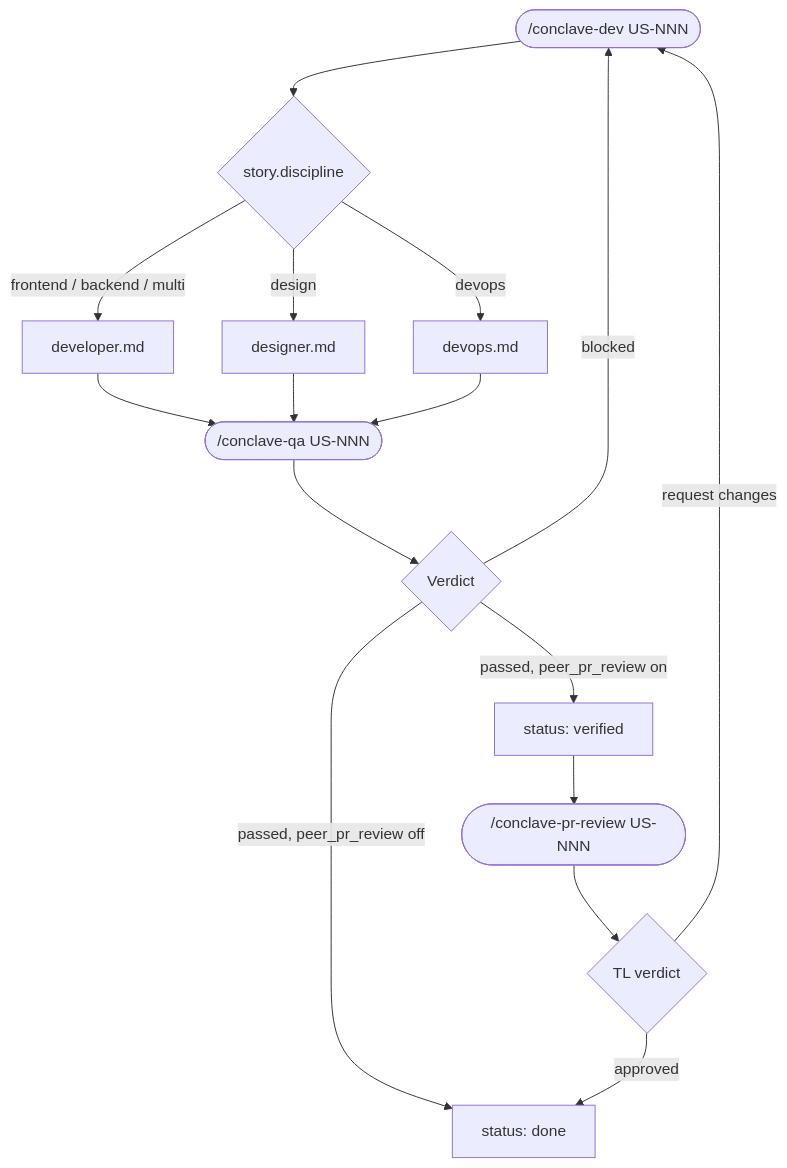
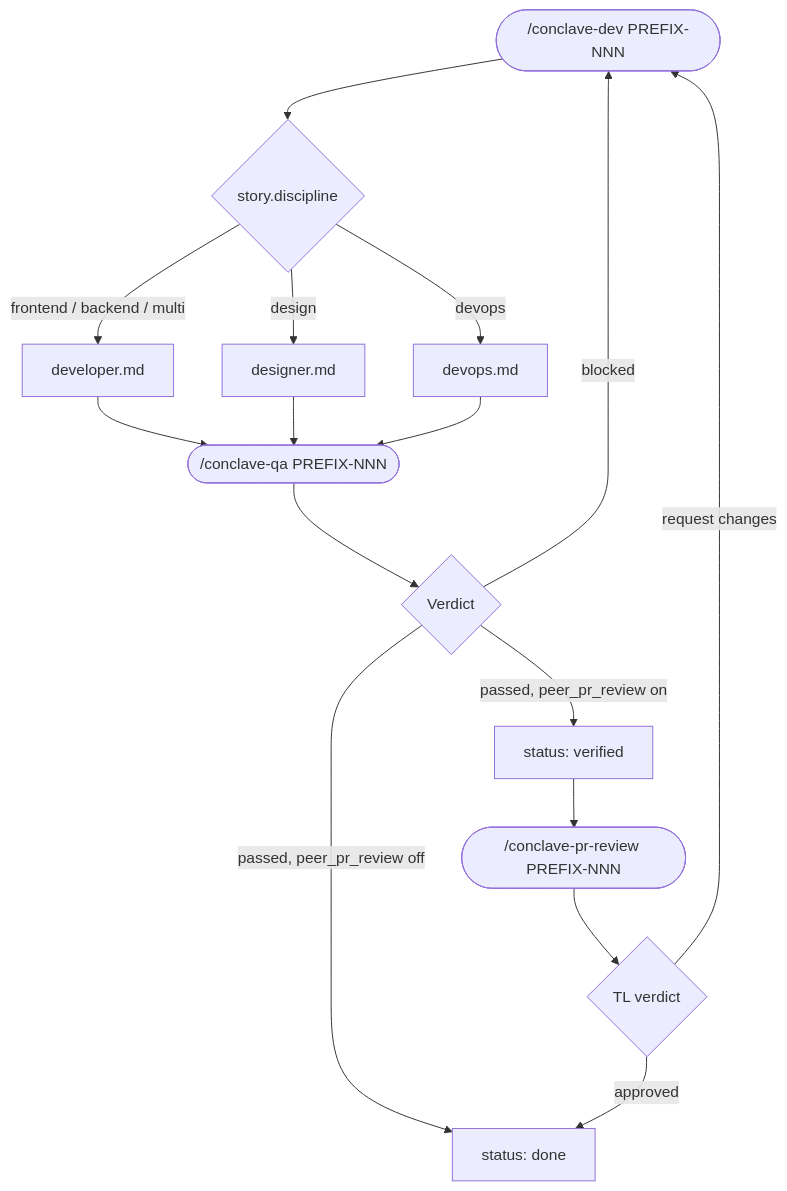
The third of 3 diagrams in site/content/en/workflow.mdx (giolabs/conclave), drawn with Mermaid before and after one commit. The commit also changed other lines of this file and 15 other files, not shown here.

````diff
--- a/site/content/en/workflow.mdx
+++ b/site/content/en/workflow.mdx
@@ -47,21 +52,21 @@
 ```mermaid
 flowchart TD
-    Dev(["/conclave-dev US-NNN"]) --> Route{"story.discipline"}
+    Dev(["/conclave-dev PREFIX-NNN"]) --> Route{"story.discipline"}
     Route -->|frontend / backend / multi| Developer["developer.md"]
     Route -->|design| Designer["designer.md"]
     Route -->|devops| DevOps["devops.md"]
 
-    Developer --> QA(["/conclave-qa US-NNN"])
+    Developer --> QA(["/conclave-qa PREFIX-NNN"])
     Designer --> QA
     DevOps --> QA
 
     QA --> Verdict{"Verdict"}
     Verdict -->|blocked| Dev
     Verdict -->|"passed, peer_pr_review off"| Done["status: done"]
     Verdict -->|"passed, peer_pr_review on"| Verified["status: verified"]
 
-    Verified --> PRReview(["/conclave-pr-review US-NNN"])
+    Verified --> PRReview(["/conclave-pr-review PREFIX-NNN"])
     PRReview --> TLVerdict{"TL verdict"}
     TLVerdict -->|request changes| Dev
     TLVerdict -->|approved| Done
 ```
````
